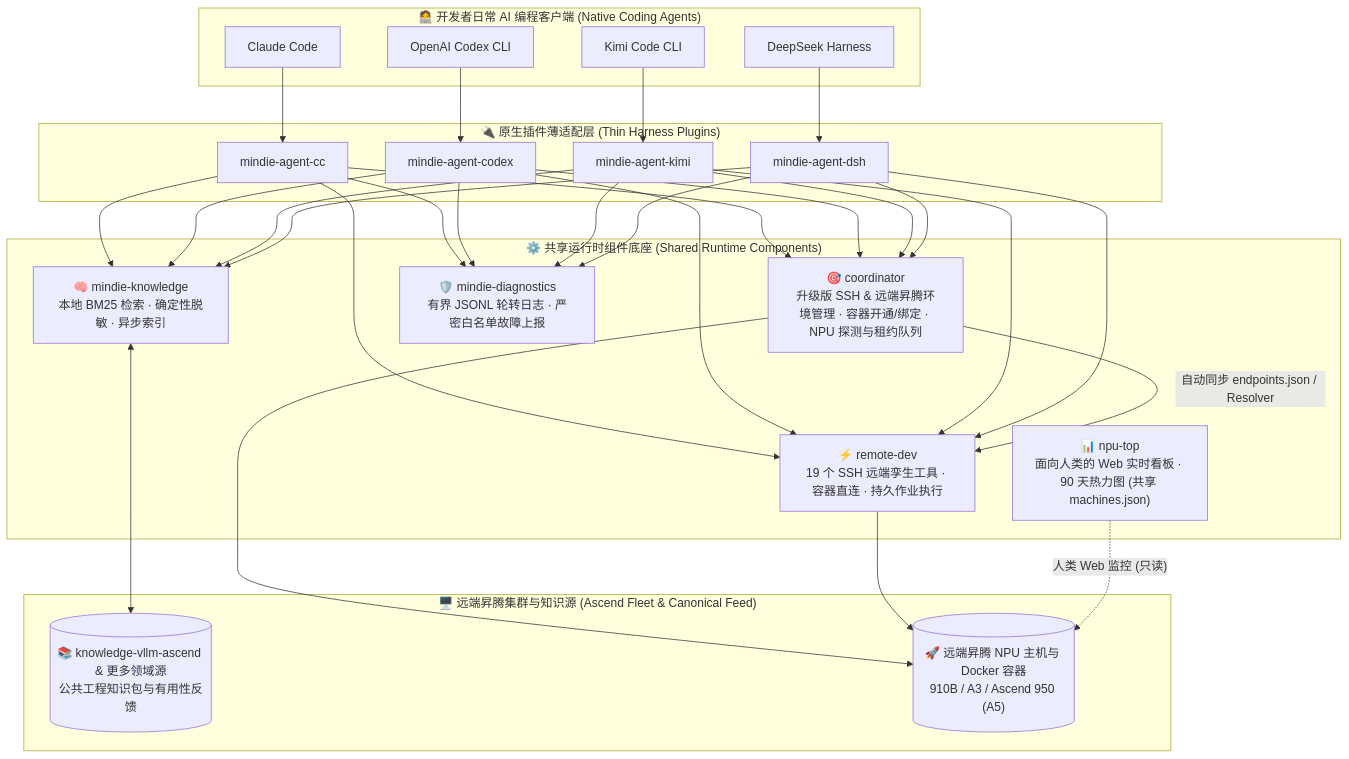
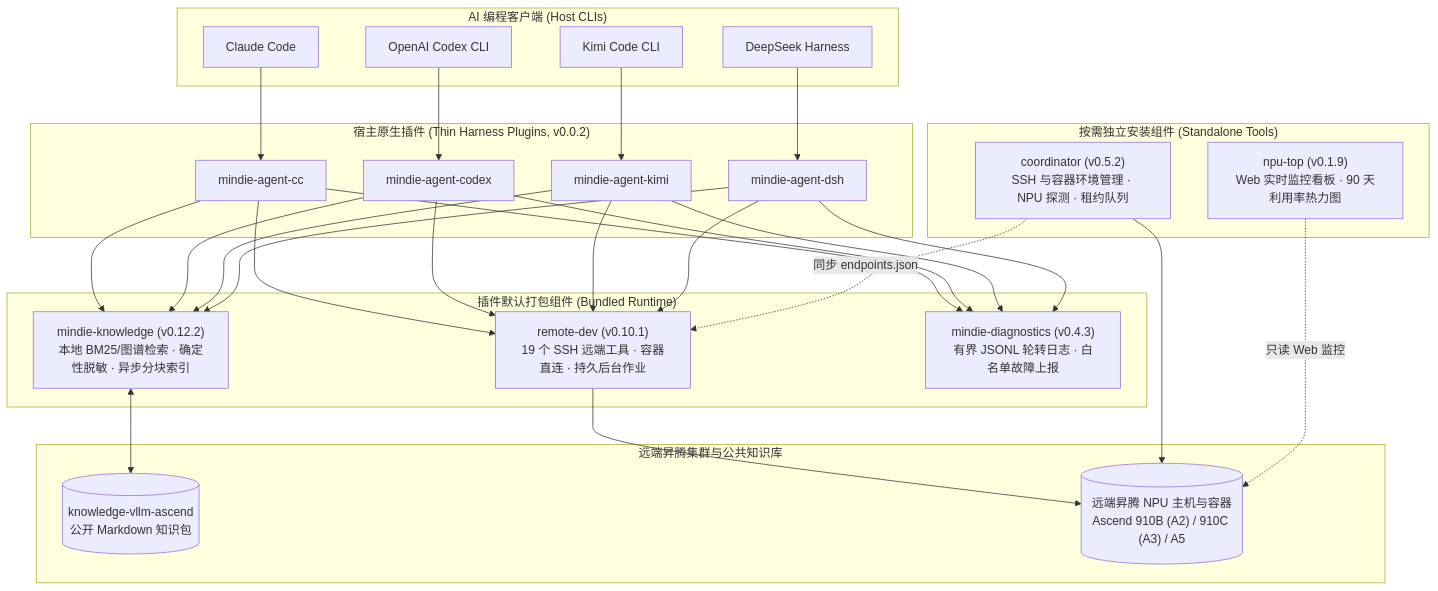
Before and after one commit to grandolantow/mindie-agent: the first of 2 diagrams in README.md, drawn with Mermaid. The commit also changed other lines of this file and 15 other files, not shown here.

````diff
--- a/README.md
+++ b/README.md
@@ -178,40 +178,43 @@
 ```mermaid
 flowchart TB
-  subgraph Clients["🧑‍💻 开发者日常 AI 编程客户端 (Native Coding Agents)"]
+  subgraph Clients["AI 编程客户端 (Host CLIs)"]
     CC["Claude Code"]
     Codex["OpenAI Codex CLI"]
     Kimi["Kimi Code CLI"]
     DSH["DeepSeek Harness"]
   end
 
-  subgraph Adapters["🔌 原生插件薄适配层 (Thin Harness Plugins)"]
+  subgraph Adapters["宿主原生插件 (Thin Harness Plugins, v0.0.2)"]
     P_CC["mindie-agent-cc"]
     P_Codex["mindie-agent-codex"]
     P_Kimi["mindie-agent-kimi"]
     P_DSH["mindie-agent-dsh"]
   end
 
-  subgraph Core["⚙️ 共享运行时组件底座 (Shared Runtime Components)"]
-    Knowledge["🧠 mindie-knowledge<br/>本地 BM25 检索 · 确定性脱敏 · 异步索引"]
-    Coord["🎯 coordinator<br/>升级版 SSH & 远端昇腾环境管理 · 容器开通/绑定 · NPU 探测与租约队列"]
-    RemoteDev["⚡ remote-dev<br/>19 个 SSH 远端孪生工具 · 容器直连 · 持久作业执行"]
-    NpuTop["📊 npu-top<br/>面向人类的 Web 实时看板 · 90 天热力图 (共享 machines.json)"]
-    Diag["🛡️ mindie-diagnostics<br/>有界 JSONL 轮转日志 · 严密白名单故障上报"]
+  subgraph Bundled["插件默认打包组件 (Bundled Runtime)"]
+    Knowledge["mindie-knowledge (v0.12.2)<br/>本地 BM25/图谱检索 · 确定性脱敏 · 异步分块索引"]
+    RemoteDev["remote-dev (v0.10.1)<br/>19 个 SSH 远端工具 · 容器直连 · 持久后台作业"]
+    Diag["mindie-diagnostics (v0.4.3)<br/>有界 JSONL 轮转日志 · 白名单故障上报"]
   end
 
-  subgraph Remote["🖥️ 远端昇腾集群与知识源 (Ascend Fleet & Canonical Feed)"]
-    Feed[("📚 knowledge-vllm-ascend & 更多领域源<br/>公共工程知识包与有用性反馈")]
-    Cluster[("🚀 远端昇腾 NPU 主机与 Docker 容器<br/>910B / A3 / Ascend 950 (A5)")]
+  subgraph Standalone["按需独立安装组件 (Standalone Tools)"]
+    Coord["coordinator (v0.5.2)<br/>SSH 与容器环境管理 · NPU 探测 · 租约队列"]
+    NpuTop["npu-top (v0.1.9)<br/>Web 实时监控看板 · 90 天利用率热力图"]
+  end
+
+  subgraph Remote["远端昇腾集群与公共知识库"]
+    Feed[("knowledge-vllm-ascend<br/>公开 Markdown 知识包")]
+    Cluster[("远端昇腾 NPU 主机与容器<br/>Ascend 910B (A2) / 910C (A3) / A5")]
   end
 
   CC --> P_CC
   Codex --> P_Codex
   Kimi --> P_Kimi
   DSH --> P_DSH
 
-  P_CC & P_Codex & P_Kimi & P_DSH --> Knowledge & Coord & RemoteDev & Diag
+  P_CC & P_Codex & P_Kimi & P_DSH --> Knowledge & RemoteDev & Diag
   Knowledge <--> Feed
-  Coord -- "自动同步 endpoints.json / Resolver" --> RemoteDev
-  Coord & RemoteDev --> Cluster
-  NpuTop -. "人类 Web 监控 (只读)" .-> Cluster
+  Coord -. "同步 endpoints.json" .-> RemoteDev
+  RemoteDev & Coord --> Cluster
+  NpuTop -. "只读 Web 监控" .-> Cluster
 ```
````
